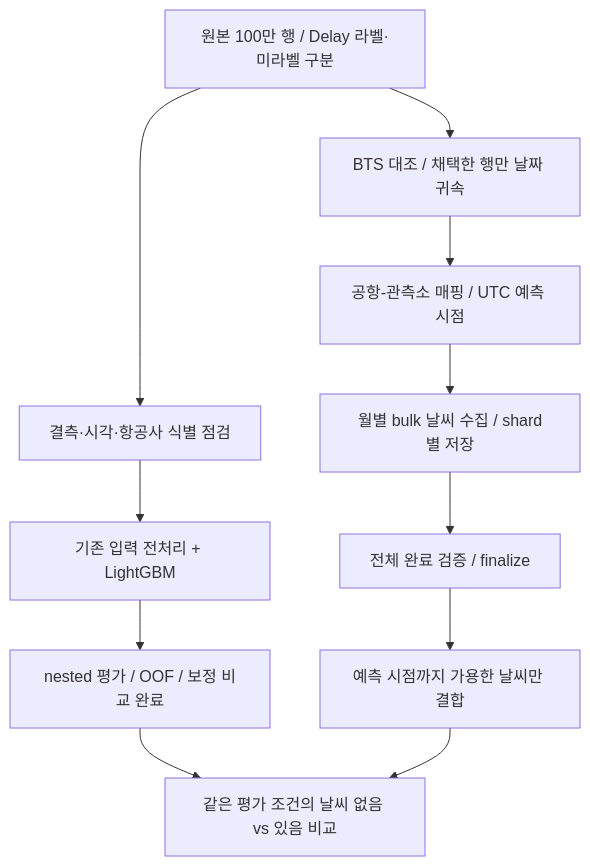
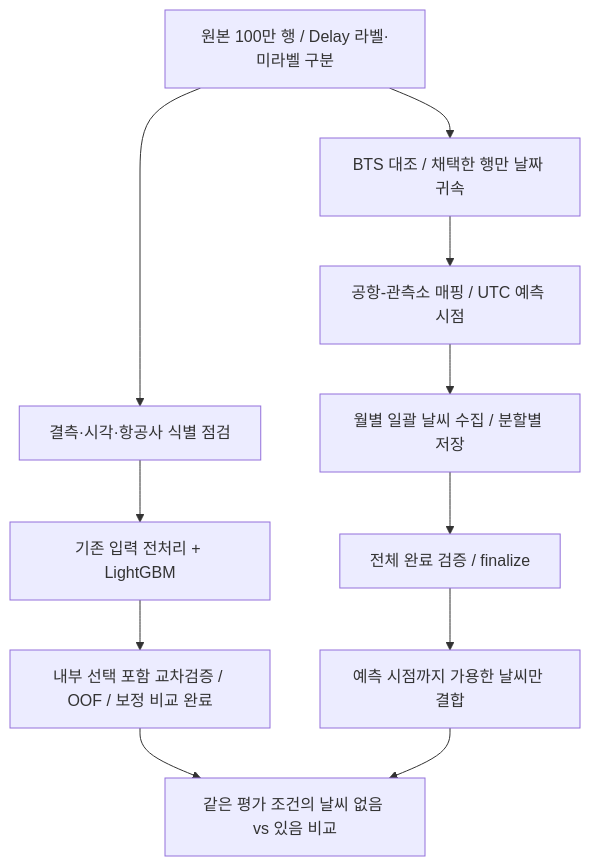
The first of 3 diagrams in README.md (Peter-jackson12/Airplane), drawn with Mermaid before and after one commit. The commit also changed other lines of this file, not shown here.

````diff
--- a/README.md
+++ b/README.md
@@ -112,13 +114,13 @@
 ```mermaid
 flowchart TD
     A["원본 100만 행 / Delay 라벨·미라벨 구분"] --> B["결측·시각·항공사 식별 점검"]
     B --> C["기존 입력 전처리 + LightGBM"]
-    C --> D["nested 평가 / OOF / 보정 비교 완료"]
+    C --> D["내부 선택 포함 교차검증 / OOF / 보정 비교 완료"]
     A --> E["BTS 대조 / 채택한 행만 날짜 귀속"]
     E --> F["공항-관측소 매핑 / UTC 예측 시점"]
-    F --> G["월별 bulk 날씨 수집 / shard별 저장"]
+    F --> G["월별 일괄 날씨 수집 / 분할별 저장"]
     G --> H["전체 완료 검증 / finalize"]
     H --> I["예측 시점까지 가용한 날씨만 결합"]
     D --> J["같은 평가 조건의 날씨 없음 vs 있음 비교"]
     I --> J
 ```
````
